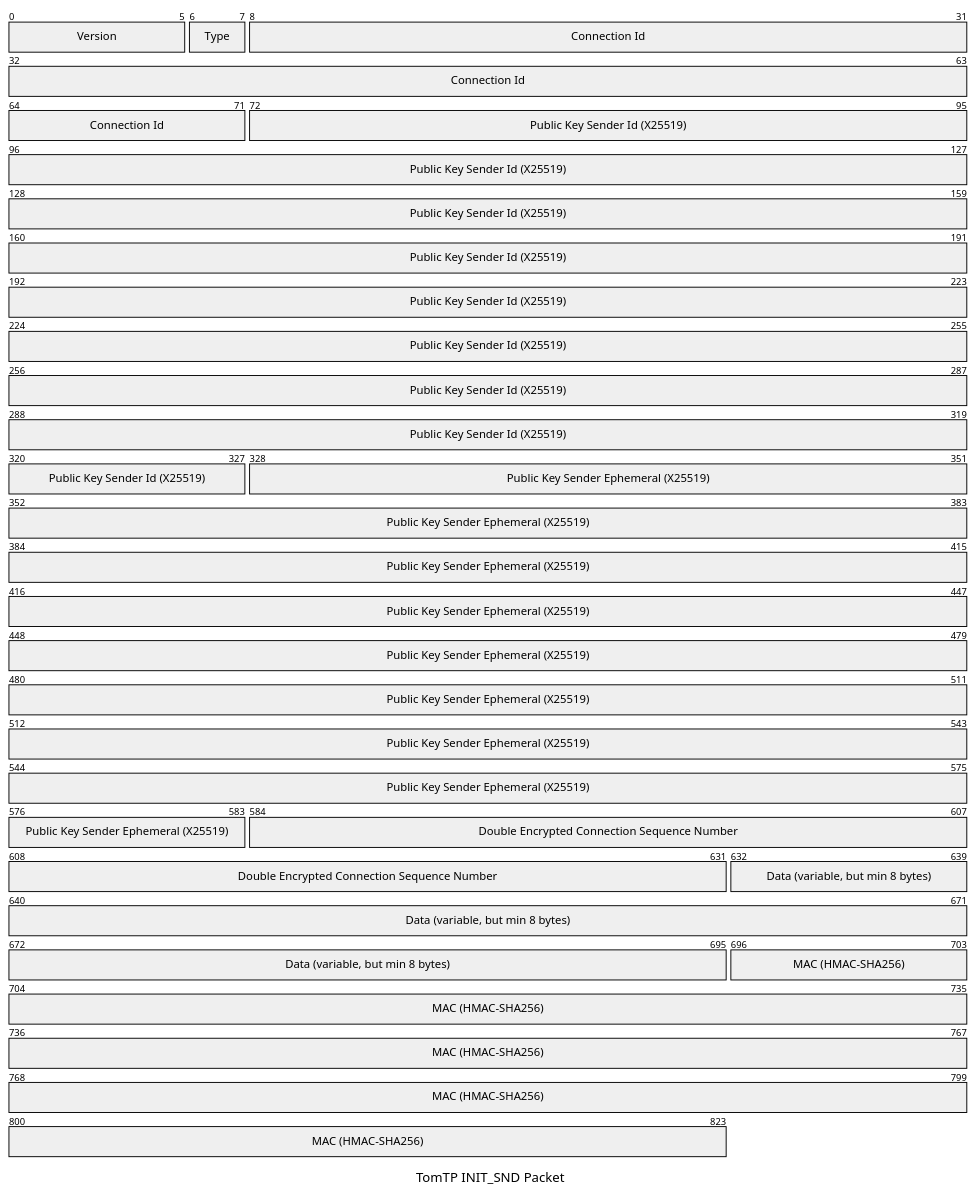
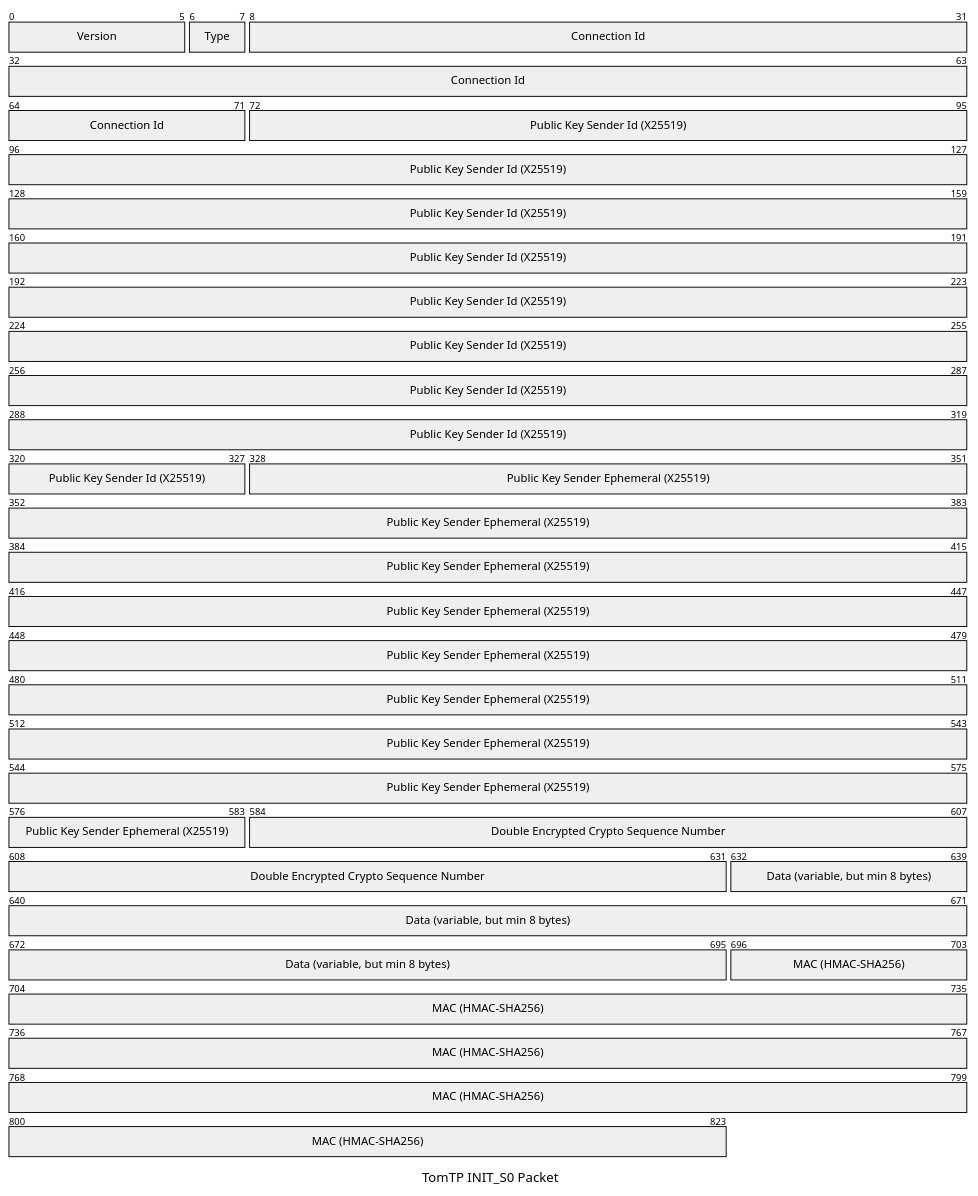
Before and after one commit to tbocek/tomtp: the first of 6 diagrams in Readme.md, drawn with Mermaid. The commit also changed other lines of this file and 6 other files, not shown here.

````diff
--- a/Readme.md
+++ b/Readme.md
@@ -61,14 +69,14 @@
 ```mermaid
 ---
-title: "TomTP INIT_SND Packet"
+title: "TomTP INIT_S0 Packet"
 ---
 packet-beta
   0-5: "Version"
   6-7: "Type"
   8-71: "Connection Id"
   72-327: "Public Key Sender Id (X25519)"
   328-583: "Public Key Sender Ephemeral (X25519)"
-  584-631: "Double Encrypted Connection Sequence Number"
+  584-631: "Double Encrypted Crypto Sequence Number"
   632-695: "Data (variable, but min 8 bytes)"
   696-823: "MAC (HMAC-SHA256)"
 ```
````
